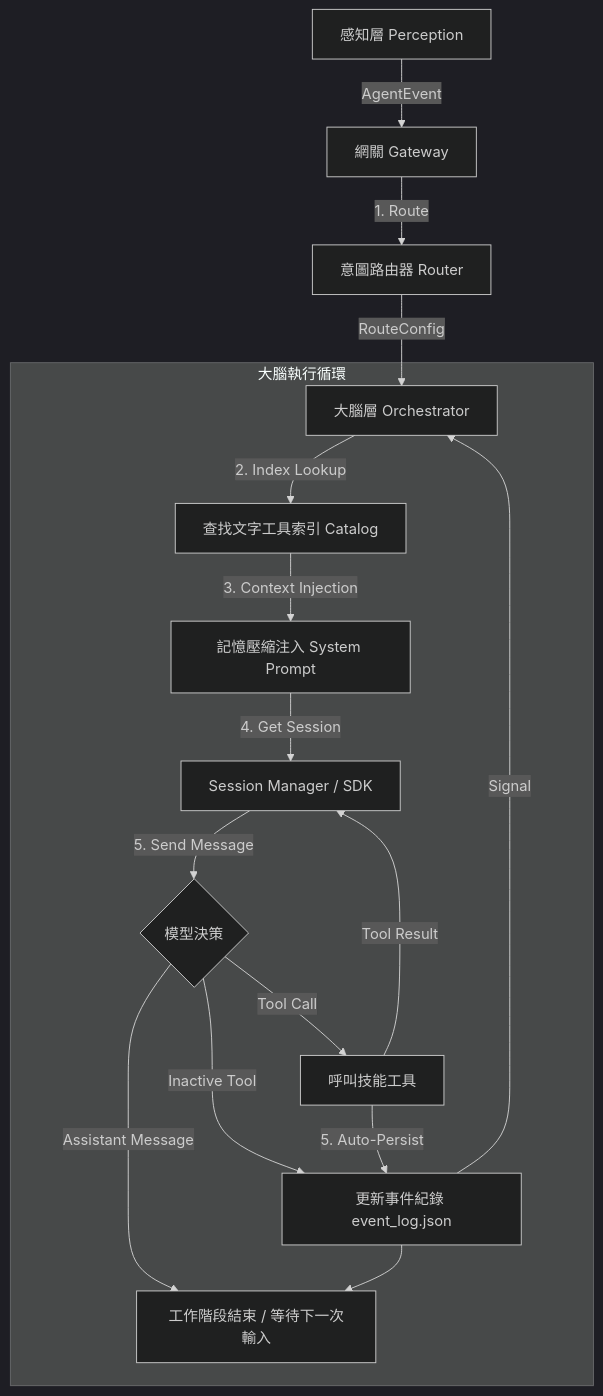
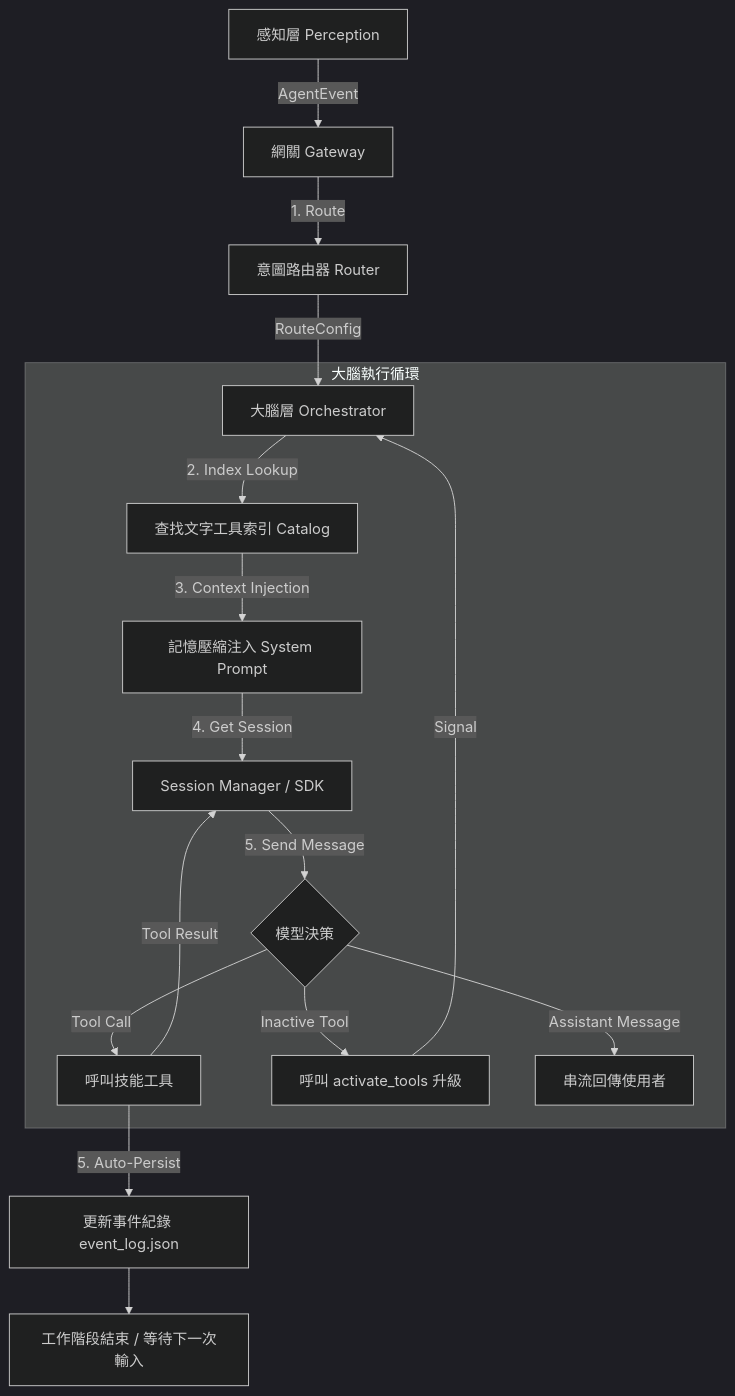
Before and after one commit to DinoChang0926/my-assistant: the diagram in README.md, drawn with Mermaid (dark theme). The commit also changed other lines of this file and 12 other files, not shown here.

````diff
--- a/README.md
+++ b/README.md
@@ -175,21 +182,21 @@
 ```mermaid
 graph TD
     A[感知層 Perception] -->|AgentEvent| B[網關 Gateway]
     B -->|1. Route| C[意圖路由器 Router]
     C -->|RouteConfig| D[大腦層 Orchestrator]
     
     subgraph Execution_Loop [大腦執行循環]
         D -->|2. Index Lookup| E[查找文字工具索引 Catalog]
         E -->|3. Context Injection| F[記憶壓縮注入 System Prompt]
         F -->|4. Get Session| G[Session Manager / SDK]
         G -->|5. Send Message| H{模型決策}
         H -->|Tool Call| I[呼叫技能工具]
         I -->|Tool Result| G
         H -->|Inactive Tool| J[呼叫 activate_tools 升級]
         J -->|Signal| D
         H -->|Assistant Message| K[串流回傳使用者]
     end
     
-    I -->|5. Auto-Persist| J[更新事件紀錄 event_log.json]
-    J --> K[工作階段結束 / 等待下一次輸入]
+    I -->|5. Auto-Persist| J2[更新事件紀錄 event_log.json]
+    J2 --> K2[工作階段結束 / 等待下一次輸入]
 ```
````
